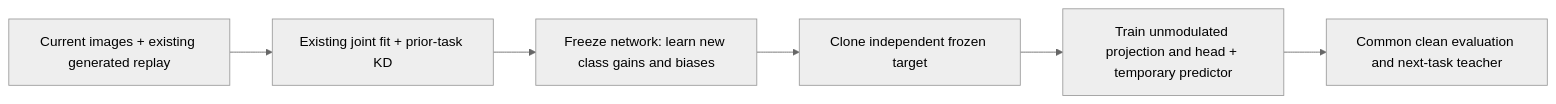
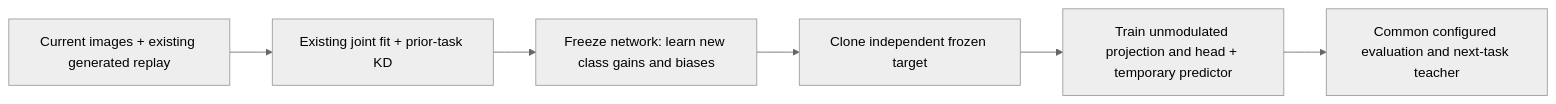
The diagram in semantic_consolidation/README.md (hosein-fanai/Continual-Learning-with-Diffusion-Vision-Transformers), drawn with Mermaid (neutral theme) before and after one commit. The commit also changed other lines of this file and 39 other files, not shown here.

Commit message:
Added the frozen architecture of thesis notebooks, and made the experinebts ready to run.

````diff
--- a/semantic_consolidation/README.md
+++ b/semantic_consolidation/README.md
@@ -99,8 +101,8 @@
 ```mermaid
 flowchart LR
     A[Current images + existing generated replay] --> B[Existing joint fit + prior-task KD]
     B --> C[Freeze network: learn new class gains and biases]
     C --> D[Clone independent frozen target]
     D --> E[Train unmodulated projection and head + temporary predictor]
-    E --> F[Common clean evaluation and next-task teacher]
+    E --> F[Common configured evaluation and next-task teacher]
 ```
````
